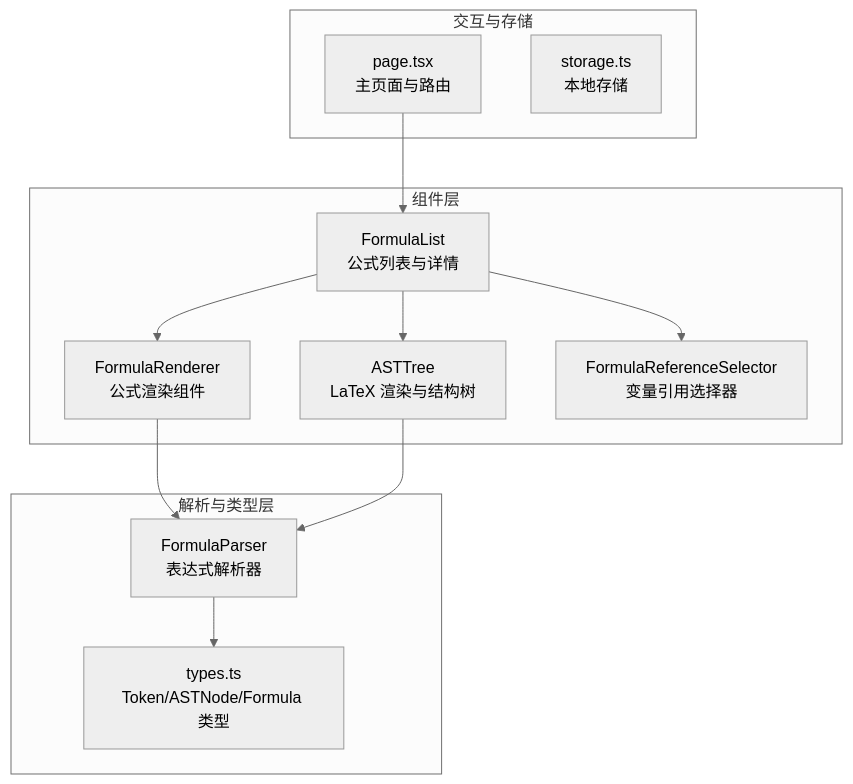
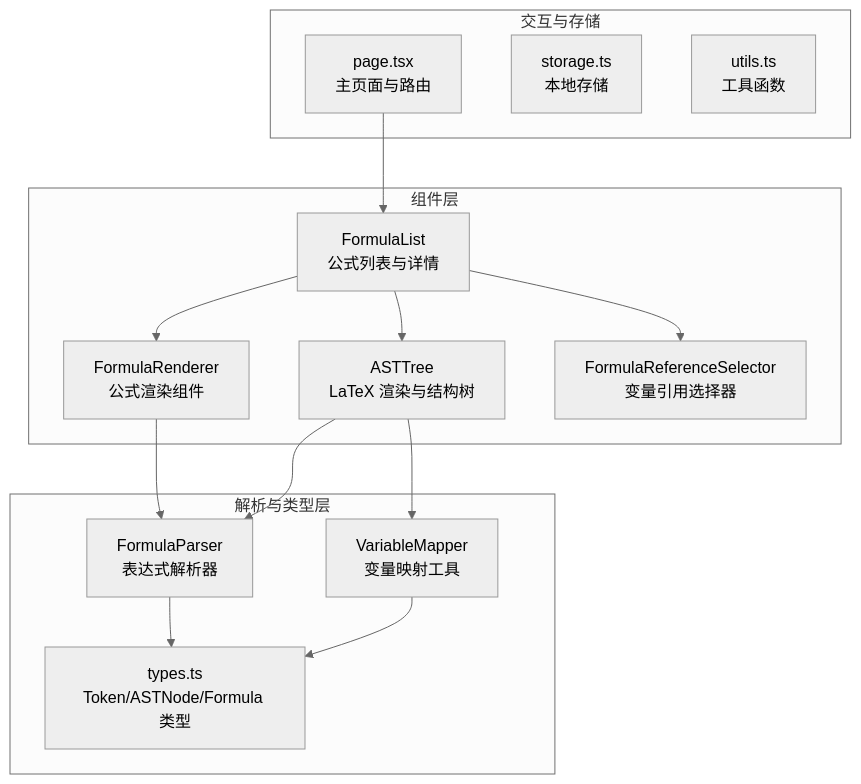
One commit to steveyu2/formula-mapper changed the first of 7 diagrams in .qoder/repowiki/zh/content/用户指南/可视化展示/公式渲染.md. Above: the diagram before and after it, drawn with Mermaid (neutral theme). The commit also changed other lines of this file and 4 other files, not shown here.

````diff
--- a/.qoder/repowiki/zh/content/用户指南/可视化展示/公式渲染.md
+++ b/.qoder/repowiki/zh/content/用户指南/可视化展示/公式渲染.md
@@ -42,24 +45,28 @@
 ```mermaid
 graph TB
 subgraph "组件层"
 FR["FormulaRenderer<br/>公式渲染组件"]
 AST["ASTTree<br/>LaTeX 渲染与结构树"]
 FL["FormulaList<br/>公式列表与详情"]
 FRS["FormulaReferenceSelector<br/>变量引用选择器"]
 end
 subgraph "解析与类型层"
 PARSER["FormulaParser<br/>表达式解析器"]
 TYPES["types.ts<br/>Token/ASTNode/Formula 类型"]
+MAPPER["VariableMapper<br/>变量映射工具"]
 end
 subgraph "交互与存储"
 PAGE["page.tsx<br/>主页面与路由"]
 STORE["storage.ts<br/>本地存储"]
+UTILS["utils.ts<br/>工具函数"]
 end
 PAGE --> FL
 FL --> FR
 FL --> AST
 FL --> FRS
 FR --> PARSER
 AST --> PARSER
+AST --> MAPPER
 PARSER --> TYPES
+MAPPER --> TYPES
 ```
````
